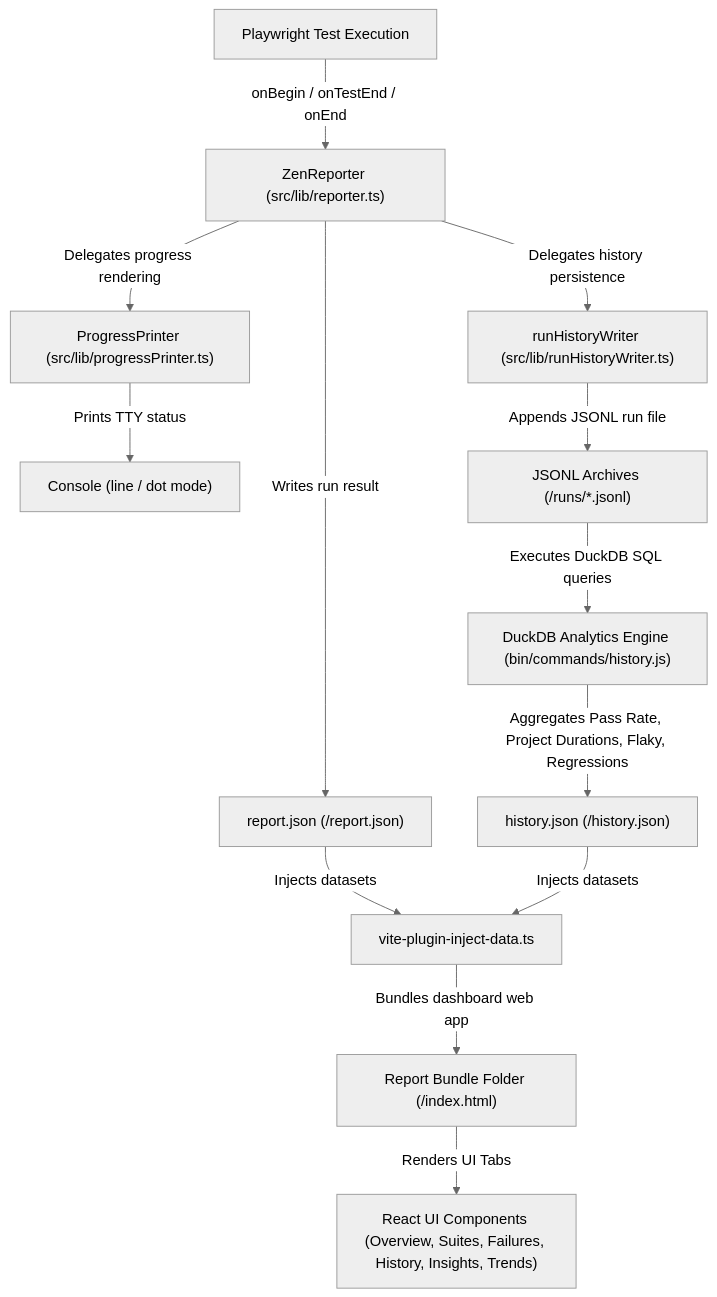
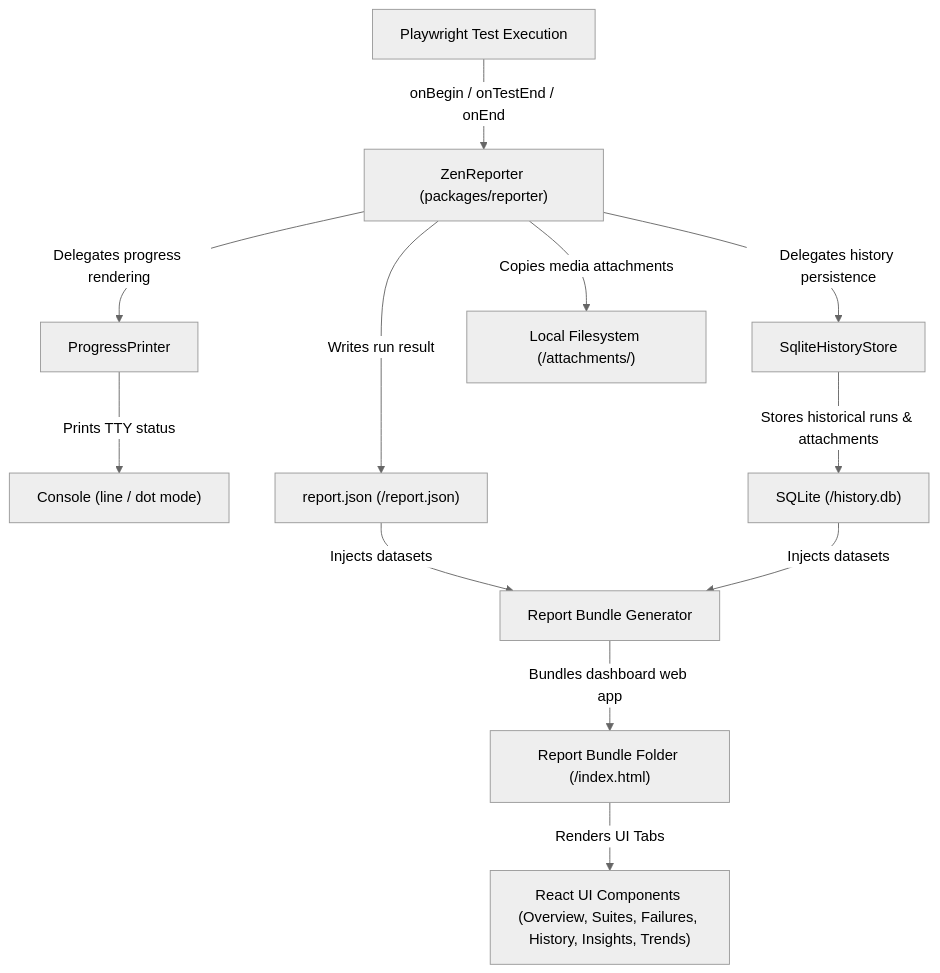
The first of 2 diagrams in docs/architecture.md (apatelia/zen-reporter), drawn with Mermaid (neutral theme) before and after one commit. The commit also changed other lines of this file and 33 other files, not shown here.

First line of the commit message:
feat(server): introduce backend service with multi-cloud storage and remote history store

````diff
--- a/docs/architecture.md
+++ b/docs/architecture.md
@@ -149,14 +157,13 @@
 ```mermaid
 flowchart TD
-    A["Playwright Test Execution"] -->|onBegin / onTestEnd / onEnd| B["ZenReporter (src/lib/reporter.ts)"]
-    B -->|Delegates progress rendering| B1["ProgressPrinter (src/lib/progressPrinter.ts)"]
+    A["Playwright Test Execution"] -->|onBegin / onTestEnd / onEnd| B["ZenReporter (packages/reporter)"]
+    B -->|Delegates progress rendering| B1["ProgressPrinter"]
     B1 -->|Prints TTY status| B2["Console (line / dot mode)"]
     B -->|Writes run result| C["report.json (<outputDir>/report.json)"]
-    B -->|Delegates history persistence| D1["runHistoryWriter (src/lib/runHistoryWriter.ts)"]
-    D1 -->|Appends JSONL run file| D["JSONL Archives (<outputDir>/runs/*.jsonl)"]
-    D -->|Executes DuckDB SQL queries| E["DuckDB Analytics Engine (bin/commands/history.js)"]
-    E -->|Aggregates Pass Rate, Project Durations, Flaky, Regressions| F["history.json (<outputDir>/history.json)"]
-    C & F -->|Injects datasets| G["vite-plugin-inject-data.ts"]
+    B -->|Delegates history persistence| D1["SqliteHistoryStore"]
+    D1 -->|Stores historical runs & attachments| D["SQLite (<outputDir>/history.db)"]
+    B -->|Copies media attachments| AT["Local Filesystem (<outputDir>/attachments/)"]
+    C & D -->|Injects datasets| G["Report Bundle Generator"]
     G -->|Bundles dashboard web app| H["Report Bundle Folder (<outputDir>/index.html)"]
     H -->|Renders UI Tabs| I["React UI Components (Overview, Suites, Failures, History, Insights, Trends)"]
 ```
````
